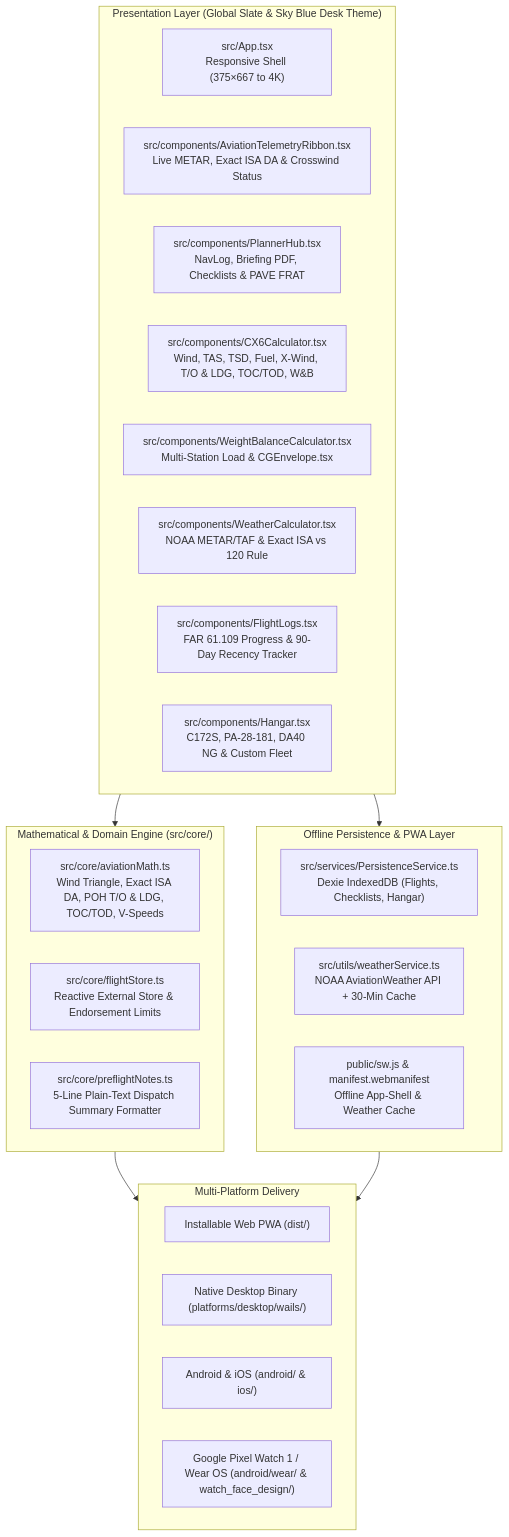
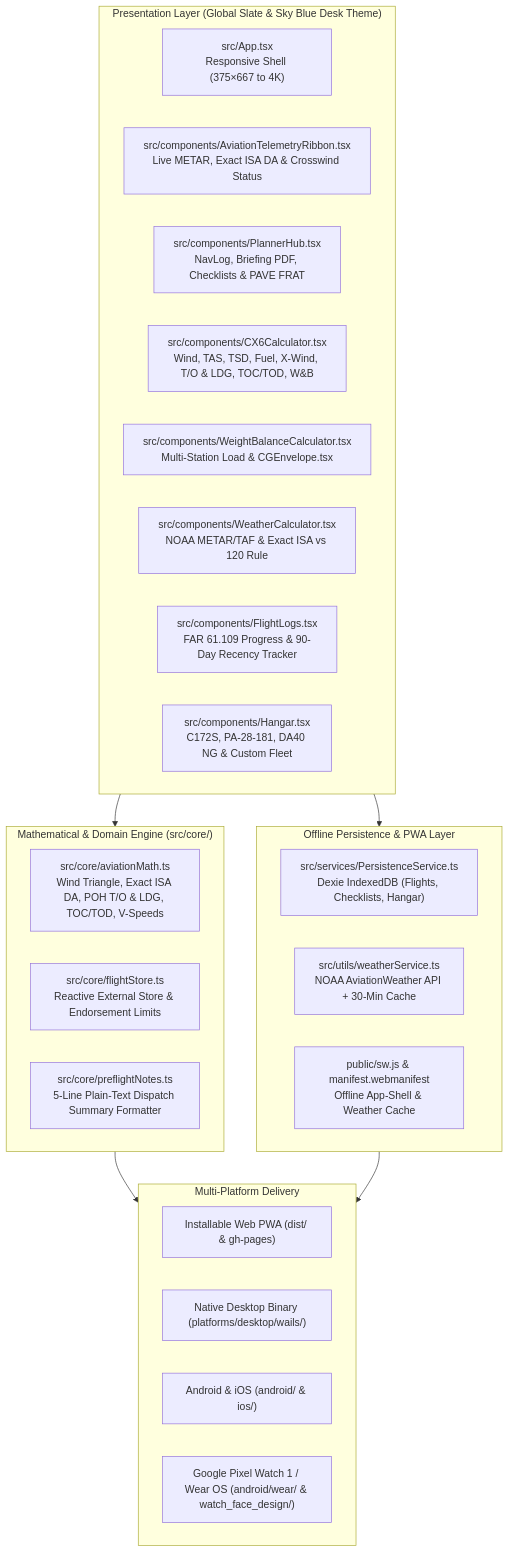
Before and after one commit to robfernan/AviationPro: the diagram in README.md, drawn with Mermaid. The commit also changed other lines of this file and 19 other files, not shown here.

````diff
--- a/README.md
+++ b/README.md
@@ -18,37 +43,37 @@
 ```mermaid
 flowchart TD
     subgraph UI["Presentation Layer (Global Slate & Sky Blue Desk Theme)"]
         App["src/App.tsx<br/>Responsive Shell (375×667 to 4K)"]
         Ribbon["src/components/AviationTelemetryRibbon.tsx<br/>Live METAR, Exact ISA DA & Crosswind Status"]
         Planner["src/components/PlannerHub.tsx<br/>NavLog, Briefing PDF, Checklists & PAVE FRAT"]
         CX6["src/components/CX6Calculator.tsx<br/>Wind, TAS, TSD, Fuel, X-Wind, T/O & LDG, TOC/TOD, W&B"]
         WB["src/components/WeightBalanceCalculator.tsx<br/>Multi-Station Load & CGEnvelope.tsx"]
         Wx["src/components/WeatherCalculator.tsx<br/>NOAA METAR/TAF & Exact ISA vs 120 Rule"]
         Logs["src/components/FlightLogs.tsx<br/>FAR 61.109 Progress & 90-Day Recency Tracker"]
         Hangar["src/components/Hangar.tsx<br/>C172S, PA-28-181, DA40 NG & Custom Fleet"]
     end
 
     subgraph Core["Mathematical & Domain Engine (src/core/)"]
         Math["src/core/aviationMath.ts<br/>Wind Triangle, Exact ISA DA, POH T/O & LDG, TOC/TOD, V-Speeds"]
         Store["src/core/flightStore.ts<br/>Reactive External Store & Endorsement Limits"]
         Notes["src/core/preflightNotes.ts<br/>5-Line Plain-Text Dispatch Summary Formatter"]
     end
 
     subgraph Data["Offline Persistence & PWA Layer"]
         Dexie["src/services/PersistenceService.ts<br/>Dexie IndexedDB (Flights, Checklists, Hangar)"]
         Weather["src/utils/weatherService.ts<br/>NOAA AviationWeather API + 30-Min Cache"]
         PWA["public/sw.js & manifest.webmanifest<br/>Offline App-Shell & Weather Cache"]
     end
 
     subgraph Targets["Multi-Platform Delivery"]
-        Web["Installable Web PWA (dist/)"]
+        Web["Installable Web PWA (dist/ & gh-pages)"]
         Desktop["Native Desktop Binary (platforms/desktop/wails/)"]
         Mobile["Android & iOS (android/ & ios/)"]
         Wear["Google Pixel Watch 1 / Wear OS (android/wear/ & watch_face_design/)"]
     end
 
     UI --> Core
     UI --> Data
     Core --> Targets
     Data --> Targets
 ```
````
